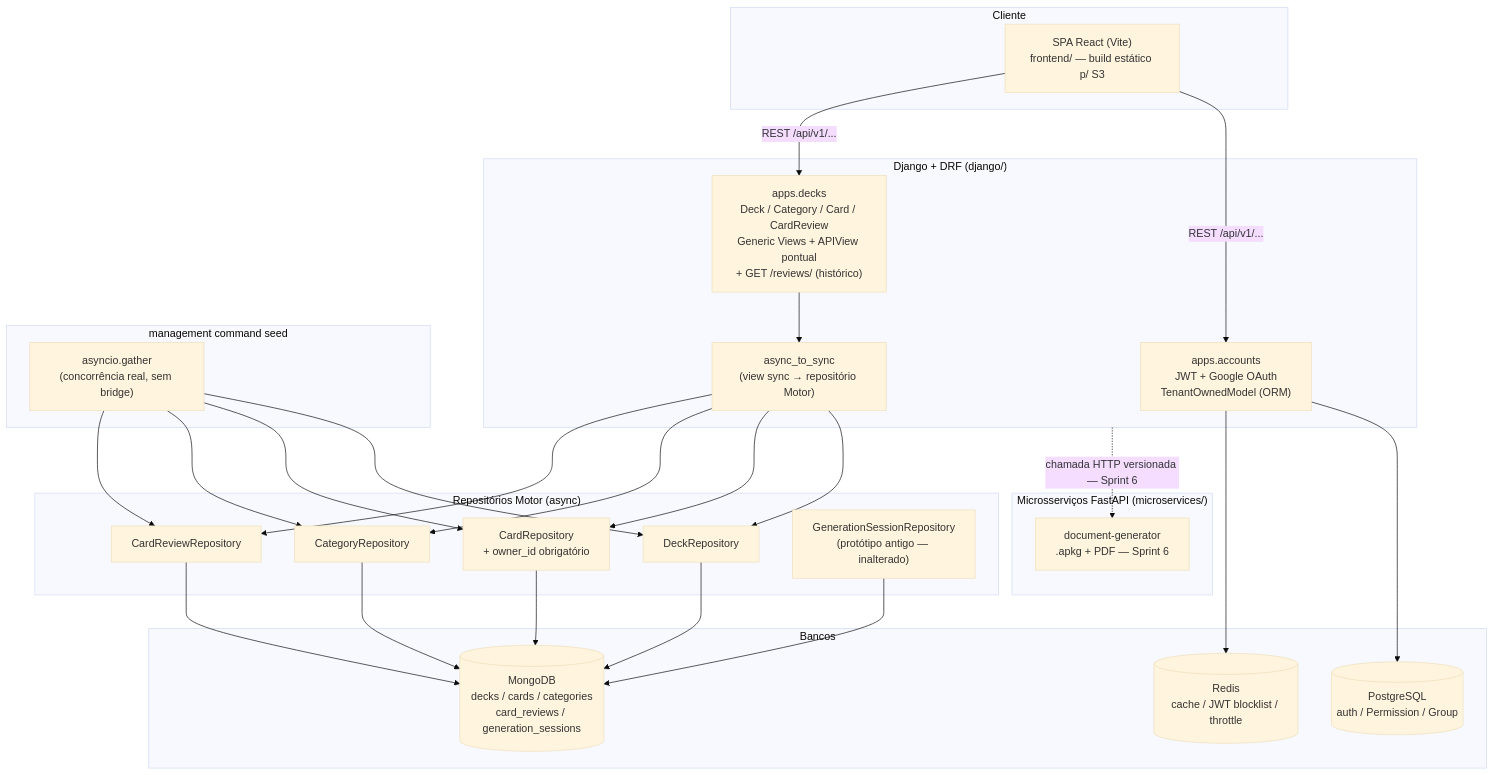
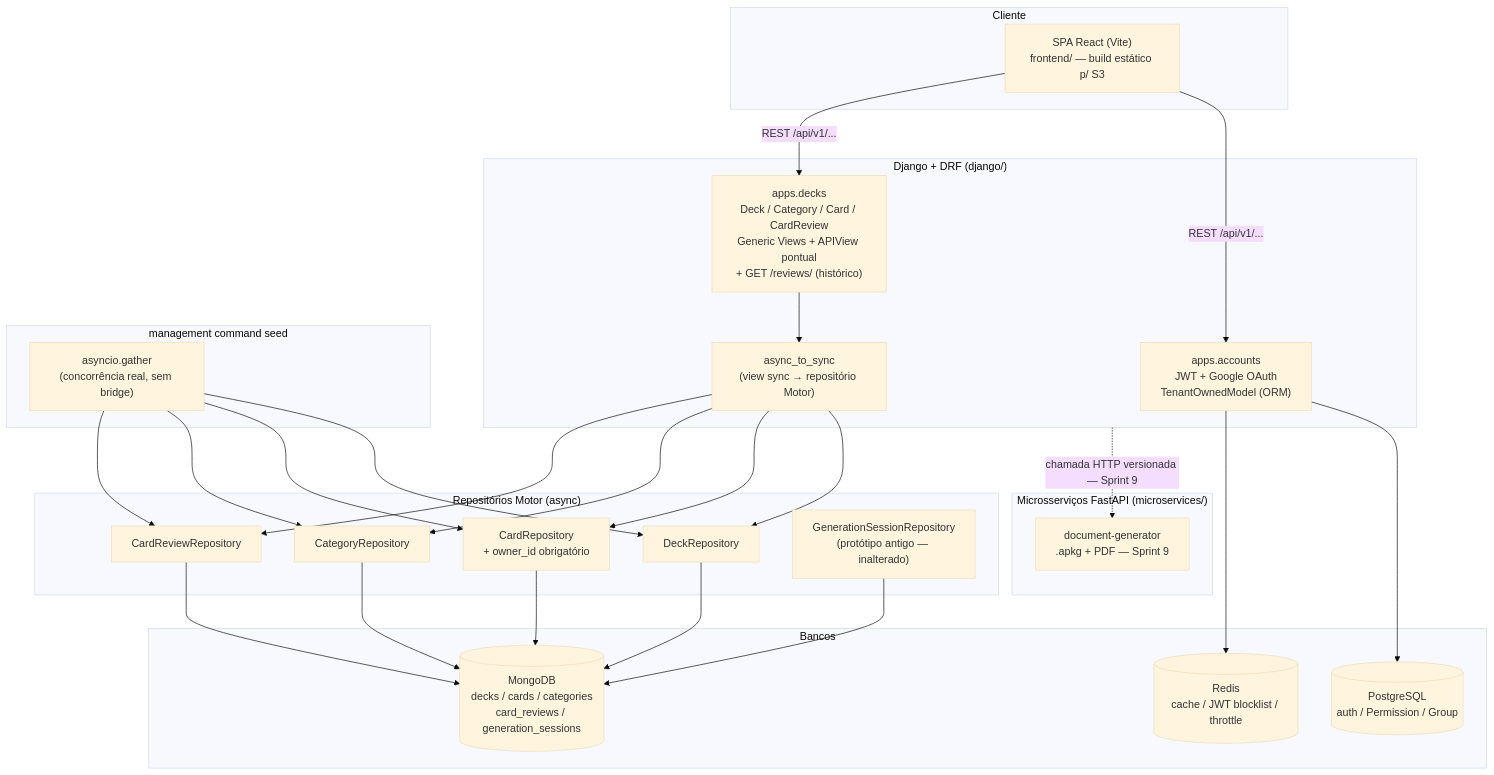
The diagram in README.md (WillamesCampos/anki_generator), drawn with Mermaid (base theme) before and after one commit. The commit also changed other lines of this file and 3 other files, not shown here.

````diff
--- a/README.md
+++ b/README.md
@@ -22,44 +22,44 @@
 ```mermaid
 flowchart TB
     subgraph Client["Cliente"]
         SPA["SPA React (Vite)\nfrontend/ — build estático p/ S3"]
     end
 
     subgraph DjangoApp["Django + DRF (django/)"]
         Auth["apps.accounts\nJWT + Google OAuth\nTenantOwnedModel (ORM)"]
         Decks["apps.decks\nDeck / Category / Card / CardReview\nGeneric Views + APIView pontual\n+ GET /reviews/ (histórico)"]
         Bridge["async_to_sync\n(view sync → repositório Motor)"]
     end
 
     subgraph Repos["Repositórios Motor (async)"]
         DeckRepo["DeckRepository"]
         CardRepo["CardRepository\n+ owner_id obrigatório"]
         CategoryRepo["CategoryRepository"]
         ReviewRepo["CardReviewRepository"]
         GenRepo["GenerationSessionRepository\n(protótipo antigo — inalterado)"]
     end
 
     subgraph Seed["management command seed"]
         SeedCmd["asyncio.gather\n(concorrência real, sem bridge)"]
     end
 
     subgraph Data["Bancos"]
         PG[("PostgreSQL\nauth / Permission / Group")]
         Mongo[("MongoDB\ndecks / cards / categories\ncard_reviews / generation_sessions")]
         Redis[("Redis\ncache / JWT blocklist / throttle")]
     end
 
     subgraph Micro["Microsserviços FastAPI (microservices/)"]
-        DocGen["document-generator\n.apkg + PDF — Sprint 6"]
+        DocGen["document-generator\n.apkg + PDF — Sprint 9"]
     end
 
     SPA -->|"REST /api/v1/..."| Auth
     SPA -->|"REST /api/v1/..."| Decks
     Auth --> PG
     Auth --> Redis
     Decks --> Bridge
     Bridge --> DeckRepo & CardRepo & CategoryRepo & ReviewRepo
     DeckRepo & CardRepo & CategoryRepo & ReviewRepo & GenRepo --> Mongo
     SeedCmd --> DeckRepo & CardRepo & CategoryRepo & ReviewRepo
-    DjangoApp -.->|"chamada HTTP versionada — Sprint 6"| DocGen
+    DjangoApp -.->|"chamada HTTP versionada — Sprint 9"| DocGen
 ```
````
